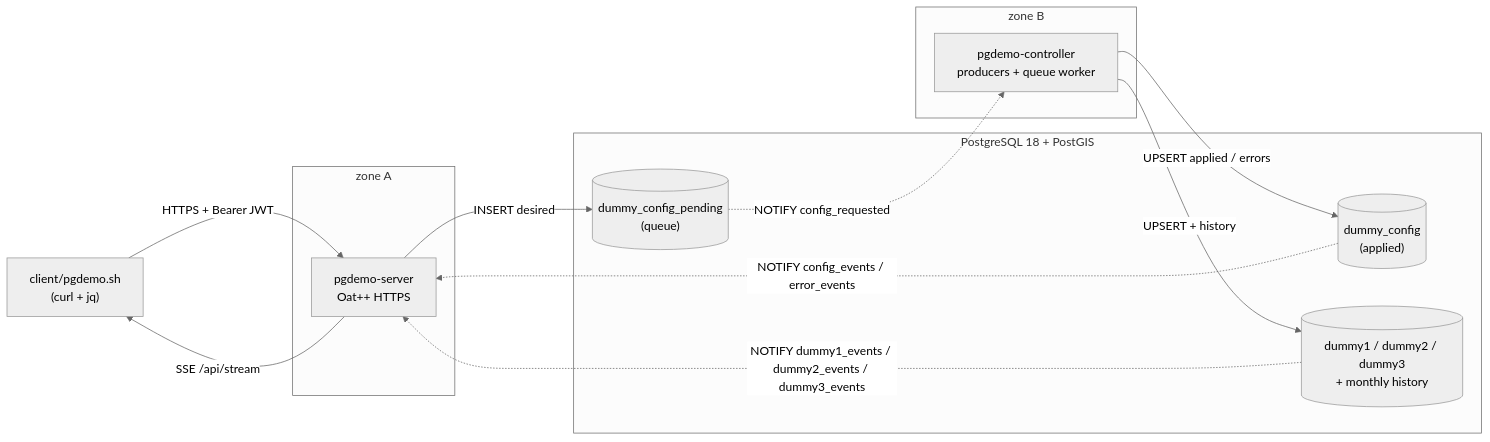
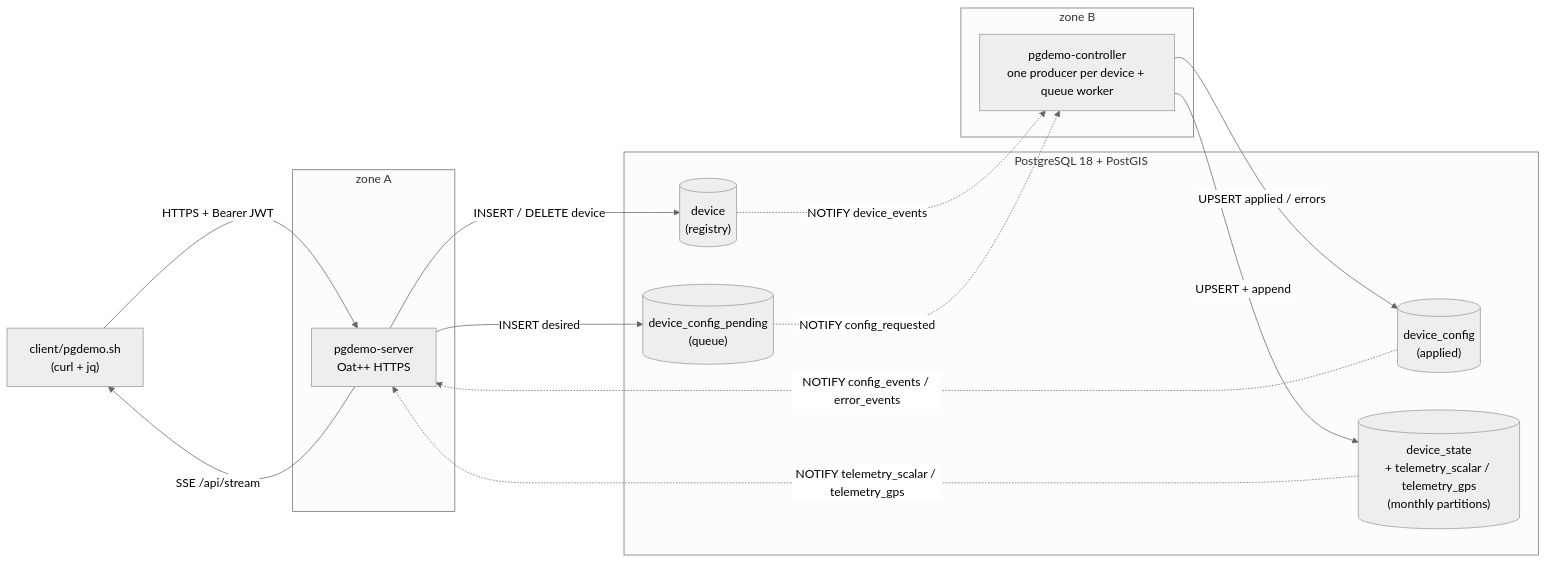
One commit to jgmatu/postgresql changed the first of 2 diagrams in README.md. Above: the diagram before and after it, drawn with Mermaid (neutral theme). The commit also changed other lines of this file and 39 other files, not shown here.

First line of the commit message:
Model devices as rows and telemetry per payload shape.

````diff
--- a/README.md
+++ b/README.md
@@ -15,24 +15,27 @@
 ```mermaid
 flowchart LR
     client["client/pgdemo.sh<br/>(curl + jq)"]
     subgraph zoneA["zone A"]
         server["pgdemo-server<br/>Oat++ HTTPS"]
     end
     subgraph db["PostgreSQL 18 + PostGIS"]
-        queue[("dummy_config_pending<br/>(queue)")]
-        applied[("dummy_config<br/>(applied)")]
-        data[("dummy1 / dummy2 / dummy3<br/>+ monthly history")]
+        registry[("device<br/>(registry)")]
+        queue[("device_config_pending<br/>(queue)")]
+        applied[("device_config<br/>(applied)")]
+        data[("device_state<br/>+ telemetry_scalar / telemetry_gps<br/>(monthly partitions)")]
     end
     subgraph zoneB["zone B"]
-        controller["pgdemo-controller<br/>producers + queue worker"]
+        controller["pgdemo-controller<br/>one producer per device + queue worker"]
     end
 
     client -- "HTTPS + Bearer JWT" --> server
+    server -- "INSERT / DELETE device" --> registry
+    registry -. "NOTIFY device_events" .-> controller
     server -- "INSERT desired" --> queue
     queue -. "NOTIFY config_requested" .-> controller
     controller -- "UPSERT applied / errors" --> applied
     applied -. "NOTIFY config_events / error_events" .-> server
-    controller -- "UPSERT + history" --> data
-    data -. "NOTIFY dummy1_events / dummy2_events / dummy3_events" .-> server
+    controller -- "UPSERT + append" --> data
+    data -. "NOTIFY telemetry_scalar / telemetry_gps" .-> server
     server -- "SSE /api/stream" --> client
 ```
````
